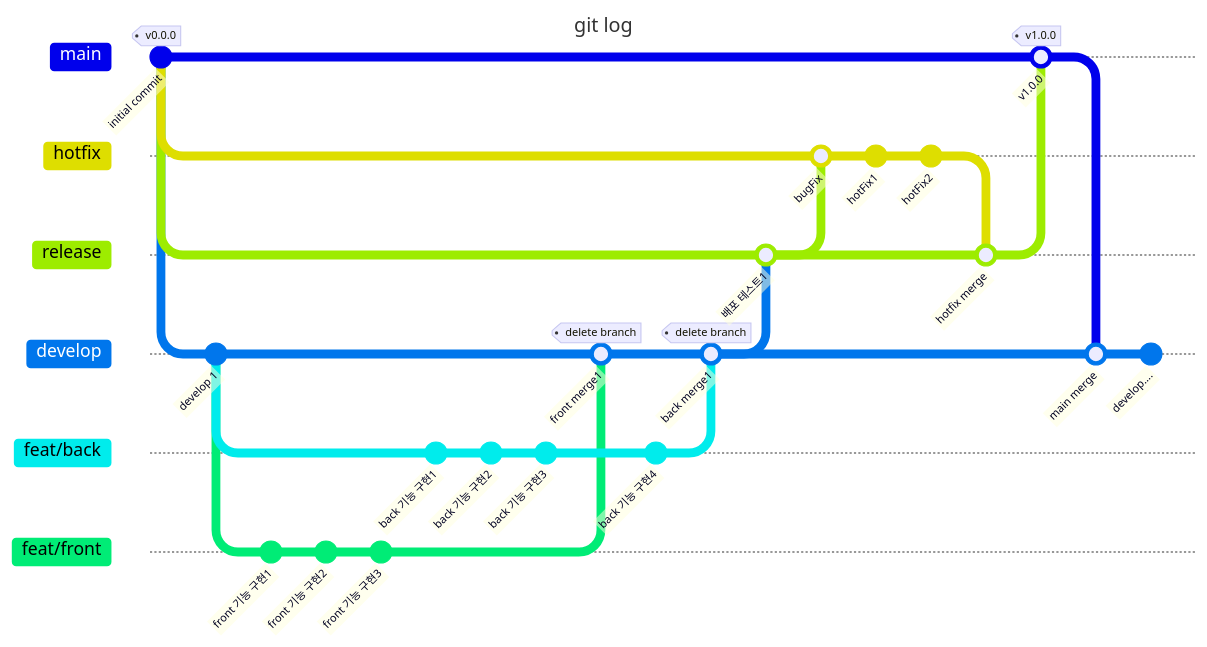
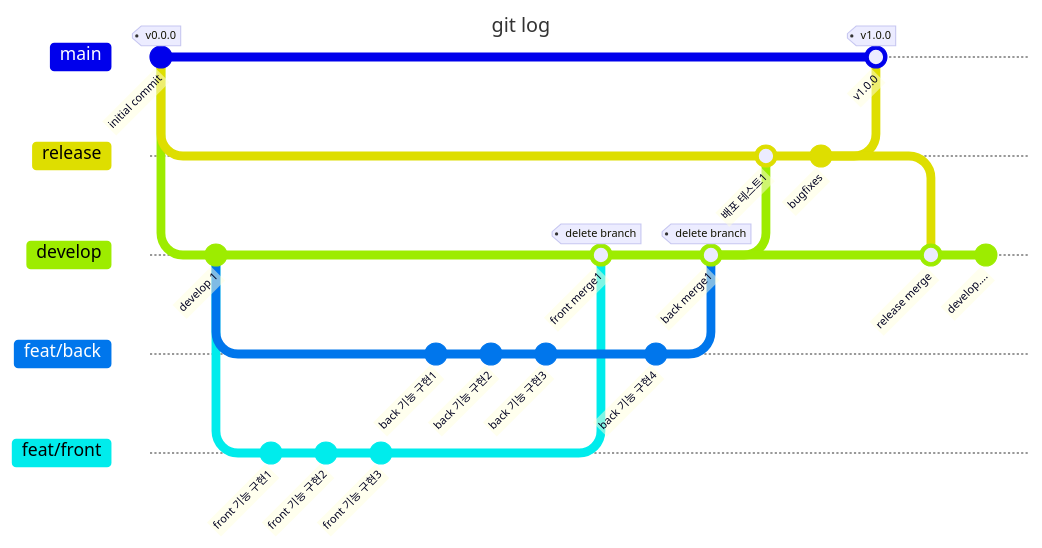
One commit to Connect-Dots-Project/BackEnd changed the second of 2 diagrams in docs/README.md. Above: the diagram before and after it, drawn with Mermaid. The commit also changed other lines of this file and 6 other files, not shown here.

````diff
--- a/docs/README.md
+++ b/docs/README.md
@@ -195,40 +192,35 @@
 ```mermaid
 ---
 title: git log
 ---
 gitGraph
     commit id: "initial commit" tag: "v0.0.0"
     checkout main
-    branch hotfix
     branch release
     branch develop
     commit id: "develop 1"
     branch feat/back
     branch feat/front
     commit id: "front 기능 구현1"
     commit id: "front 기능 구현2"
     commit id: "front 기능 구현3"
     checkout feat/back
     commit id: "back 기능 구현1"
     commit id: "back 기능 구현2"
     commit id: "back 기능 구현3"
     checkout develop
     merge feat/front id: "front merge1" tag: "delete branch"
     checkout feat/back
     commit id: "back 기능 구현4"
     checkout develop
     merge feat/back id: "back merge1" tag: "delete branch"
     checkout release
     merge develop id: "배포 테스트1"
-    checkout hotfix
-    merge release id: "bugFix"
-    commit id: "hotFix1"
-    commit id: "hotFix2"
+    commit id: "bugfixes"
     checkout release
-    merge hotfix id: "hotfix merge"
     checkout main
     merge release id: "v1.0.0" tag: "v1.0.0"
     checkout develop
-    merge main id: "main merge"
+    merge release id: "release merge"
     commit id: "develop...."
 ```
````
